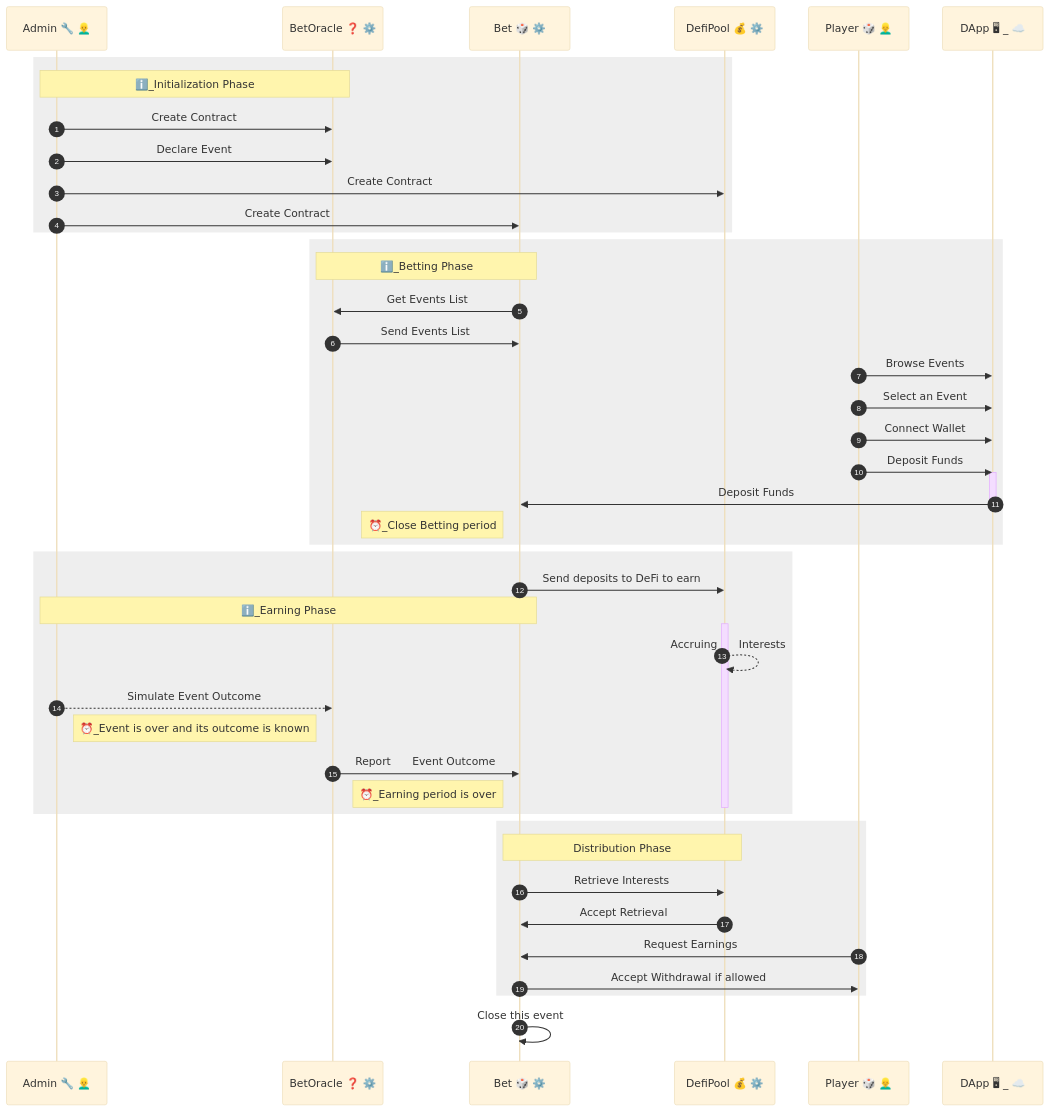
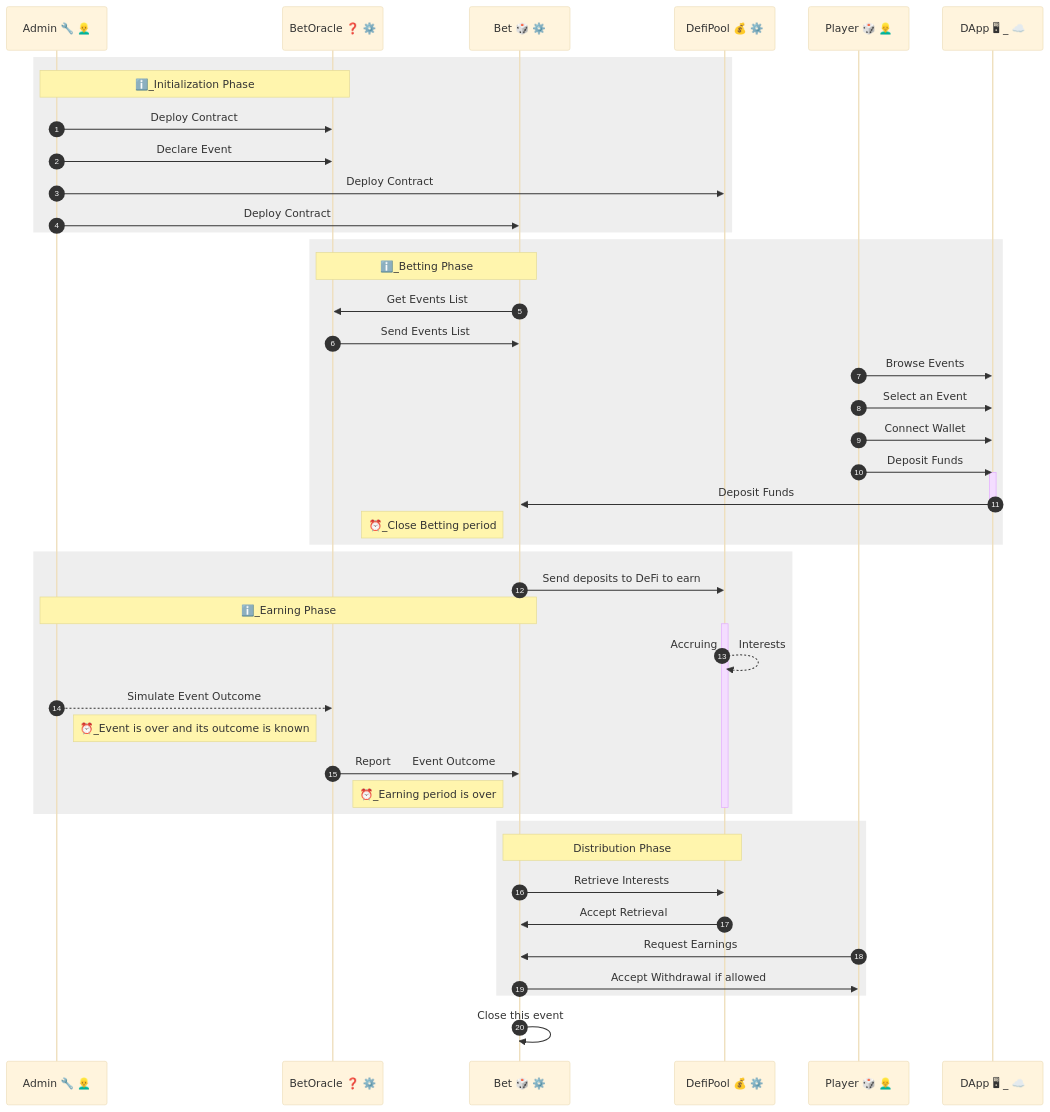
Before and after one commit to soft2dev/betting-dapp: the first of 2 diagrams in README.md, drawn with Mermaid (base theme). The commit also changed other lines of this file, not shown here.

Commit message:
README: Add detailed interactions diagram with function calls

````diff
--- a/README.md
+++ b/README.md
@@ -78,58 +85,58 @@
 ```mermaid
 sequenceDiagram autonumber
     participant admin  as Admin 🔧 👱‍♂️
     participant oracle as BetOracle ❓ ⚙️ 
     participant bet    as Bet 🎲 ⚙️
     participant defi   as DefiPool 💰 ⚙️
     participant player as Player 🎲 👱‍♂️
     participant dapp   as DApp 🖥 _ ☁️
     
     rect rgb(238, 238, 238)
         Note over admin,oracle: ℹ️_Initialization Phase
-        admin->>oracle: Create Contract
+        admin->>oracle: Deploy Contract
         admin->>oracle: Declare Event
-        admin->>defi: Create Contract
-        admin->>bet:  Create Contract
+        admin->>defi: Deploy Contract
+        admin->>bet:  Deploy Contract
     end
 
     rect rgb(238, 238, 238)
         Note over bet,oracle: ℹ️_Betting Phase
         bet->>oracle:  Get Events List
         oracle->>bet: Send Events List
         player->>dapp: Browse Events
         player->>dapp: Select an Event
         player->>dapp: Connect Wallet
 
         player->>dapp: Deposit Funds
         activate dapp
         dapp->>bet: Deposit Funds
         deactivate dapp
 
         Note left of bet: ⏰_Close Betting period
     end
 
     rect rgb(238, 238, 238)
         bet->>defi: Send deposits to DeFi to earn
         Note over admin,bet: ℹ️_Earning Phase
         activate defi
         defi-->>defi: Accruing    Interests    
 
         admin-->>oracle: Simulate Event Outcome
         Note left of oracle: ⏰_Event is over and its outcome is known
         oracle->>bet: Report    Event Outcome 
 
         Note left of bet: ⏰_Earning period is over
         deactivate defi
     end
 
     rect rgb(238, 238, 238)
         Note over bet,defi: Distribution Phase
         bet->>defi: Retrieve Interests
         defi->>bet: Accept Retrieval
 
         player->>bet: Request Earnings
         bet->>player: Accept Withdrawal if allowed
     end
 
     bet->>bet: Close this event 
 ```
````
